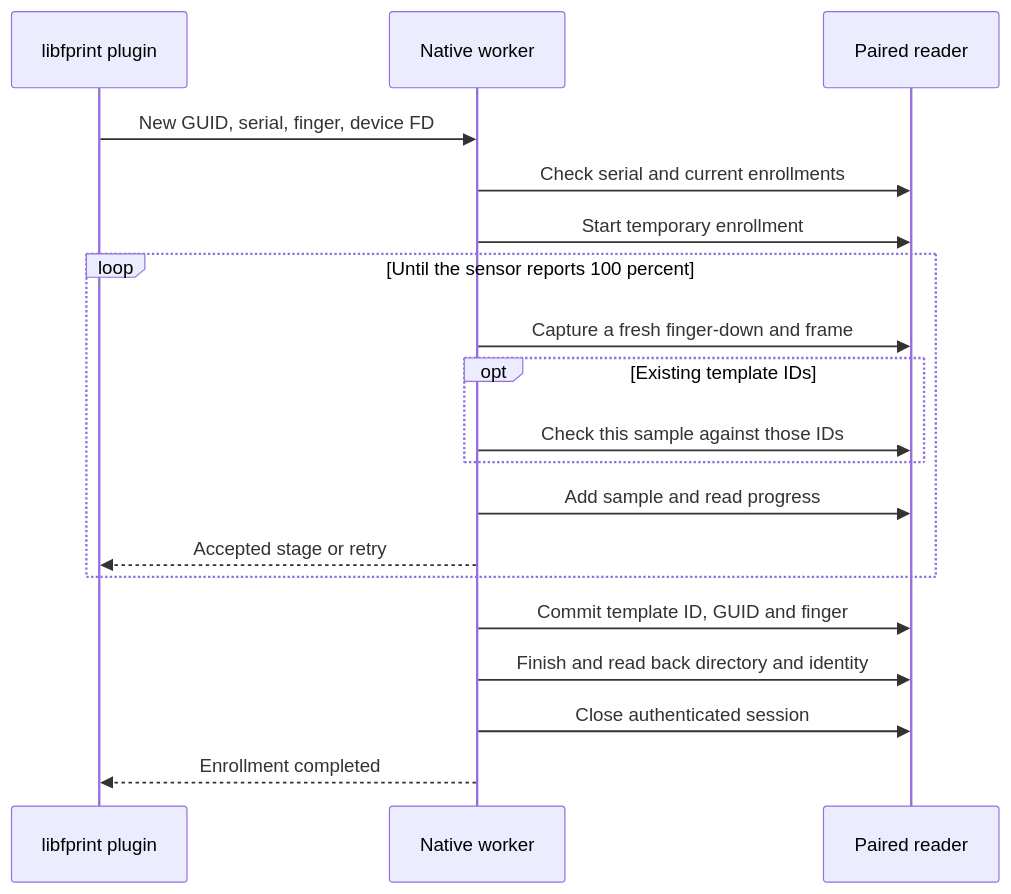
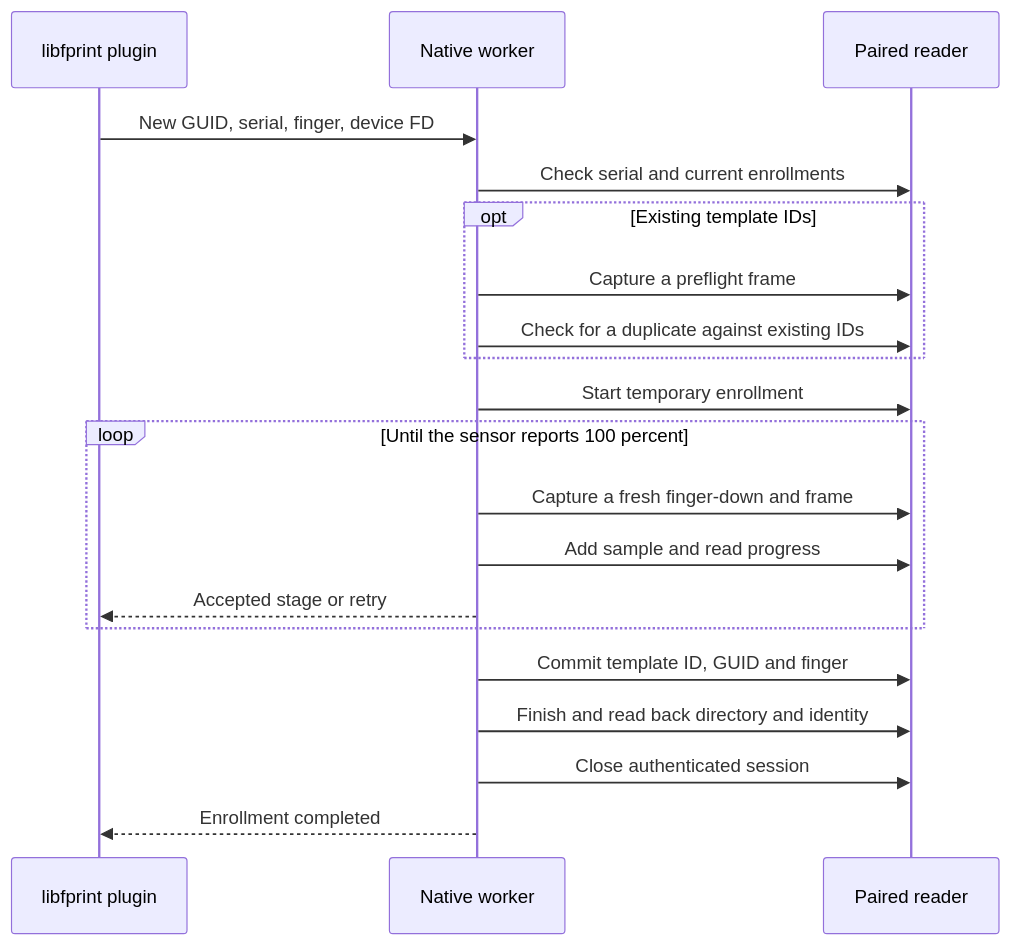
One commit to Caesurus/thinkpad-x1-fold-fingerprint changed the second of 2 diagrams in docs/native-backend.md. Above: the diagram before and after it, drawn with Mermaid. The commit also changed other lines of this file and 4 other files, not shown here.

````diff
--- a/docs/native-backend.md
+++ b/docs/native-backend.md
@@ -243,21 +243,22 @@
 ```mermaid
 sequenceDiagram
   participant F as libfprint plugin
   participant W as Native worker
   participant R as Paired reader
   F->>W: New GUID, serial, finger, device FD
   W->>R: Check serial and current enrollments
+  opt Existing template IDs
+    W->>R: Capture a preflight frame
+    W->>R: Check for a duplicate against existing IDs
+  end
   W->>R: Start temporary enrollment
   loop Until the sensor reports 100 percent
     W->>R: Capture a fresh finger-down and frame
-    opt Existing template IDs
-      W->>R: Check this sample against those IDs
-    end
     W->>R: Add sample and read progress
     W-->>F: Accepted stage or retry
   end
   W->>R: Commit template ID, GUID and finger
   W->>R: Finish and read back directory and identity
   W->>R: Close authenticated session
   W-->>F: Enrollment completed
 ```
````
